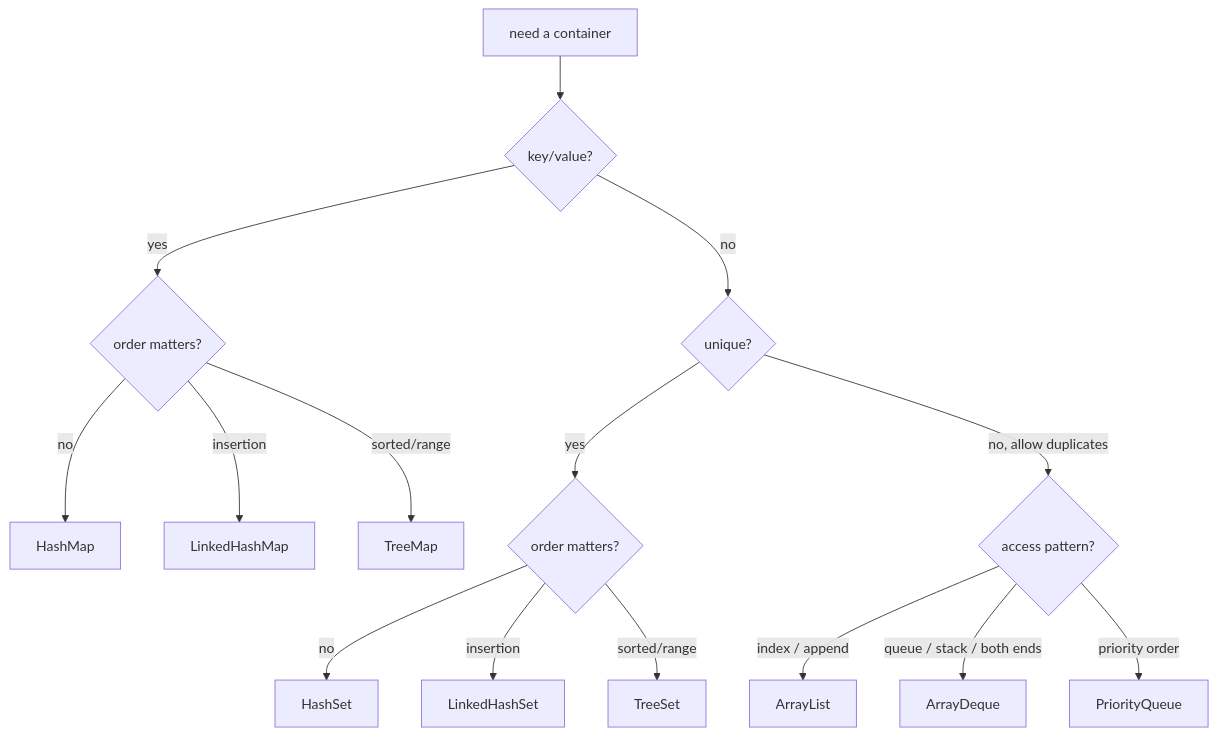
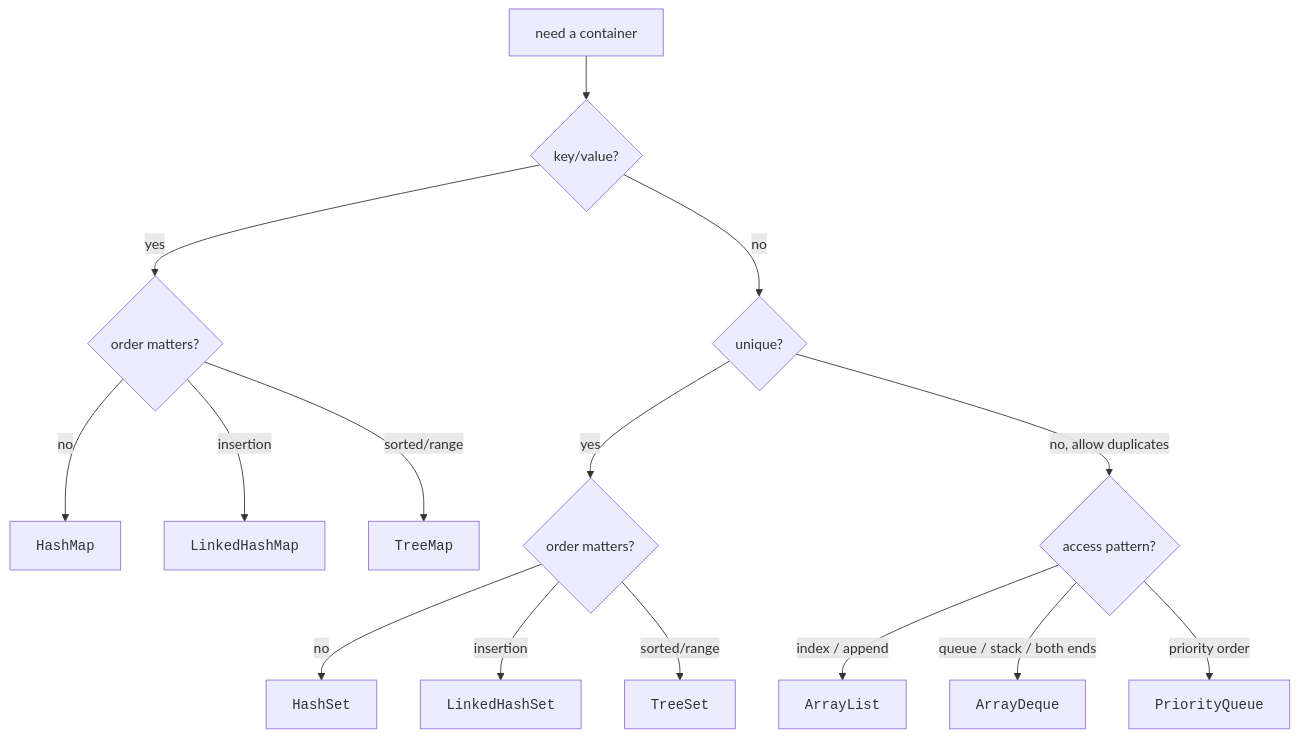
Before and after one commit to dataslope/dataslope: the second of 2 diagrams in content/learn/java-collections-and-generics-deep-dive/performance-tradeoffs.mdx, drawn with Mermaid. The commit also changed 153 other files, not shown here.

First line of the commit message:
Render code-only mermaid shapes in monospace; convert step sequences to Steps

````diff
--- a/content/learn/java-collections-and-generics-deep-dive/performance-tradeoffs.mdx
+++ b/content/learn/java-collections-and-generics-deep-dive/performance-tradeoffs.mdx
@@ -226,19 +226,19 @@
 ```mermaid
 flowchart TD
     Q[need a container] --> A{key/value?}
     A -- yes --> M{order matters?}
-    M -- "no" --> HM[HashMap]
-    M -- "insertion" --> LHM[LinkedHashMap]
-    M -- "sorted/range" --> TM[TreeMap]
+    M -- "no" --> HM["<code>HashMap</code>"]
+    M -- "insertion" --> LHM["<code>LinkedHashMap</code>"]
+    M -- "sorted/range" --> TM["<code>TreeMap</code>"]
 
     A -- no --> S{unique?}
     S -- "yes" --> SO{order matters?}
-    SO -- "no" --> HS[HashSet]
-    SO -- "insertion" --> LHS[LinkedHashSet]
-    SO -- "sorted/range" --> TS[TreeSet]
+    SO -- "no" --> HS["<code>HashSet</code>"]
+    SO -- "insertion" --> LHS["<code>LinkedHashSet</code>"]
+    SO -- "sorted/range" --> TS["<code>TreeSet</code>"]
 
     S -- "no, allow duplicates" --> E{access pattern?}
-    E -- "index / append" --> AL[ArrayList]
-    E -- "queue / stack / both ends" --> AD[ArrayDeque]
-    E -- "priority order" --> PQ[PriorityQueue]
+    E -- "index / append" --> AL["<code>ArrayList</code>"]
+    E -- "queue / stack / both ends" --> AD["<code>ArrayDeque</code>"]
+    E -- "priority order" --> PQ["<code>PriorityQueue</code>"]
 ```
````
